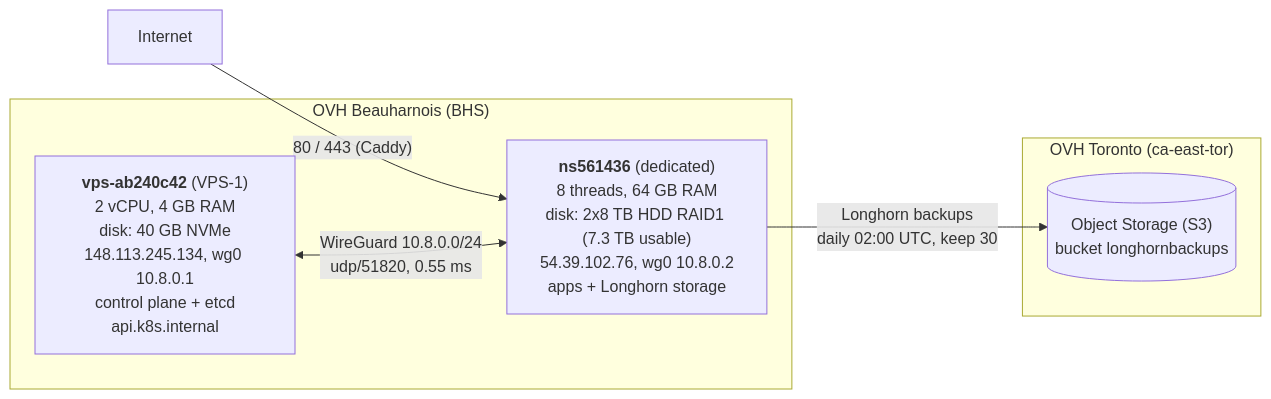
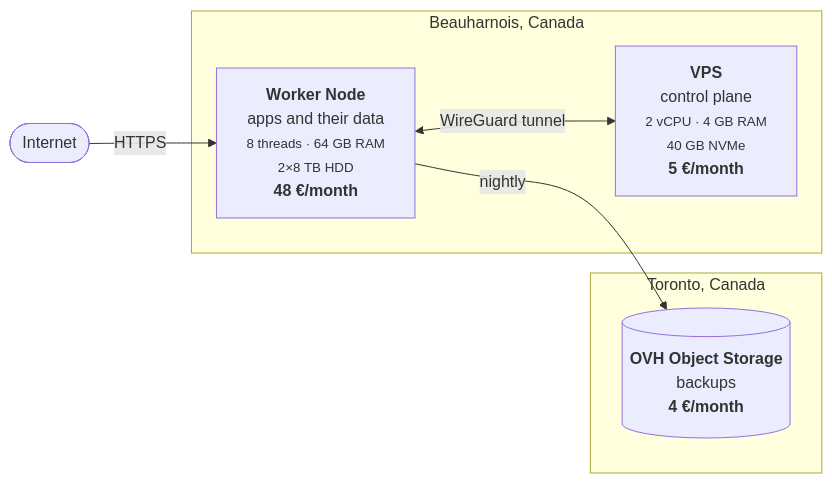
One commit to Androz2091/k8s-infrastructure changed the diagram in README.md. Above: the diagram before and after it, drawn with Mermaid. The commit also changed other lines of this file and 2 other files, not shown here.

First line of the commit message:
docs(readme): overview diagram, trim to what isn't in config

````diff
--- a/README.md
+++ b/README.md
@@ -458,13 +7,17 @@
 ```mermaid
 flowchart LR
-    Internet -->|"80 / 443 (Caddy)"| DED
-    subgraph BHS["OVH Beauharnois (BHS)"]
-        VPS["<b>vps-ab240c42</b> (VPS-1)<br/>2 vCPU, 4 GB RAM<br/>disk: 40 GB NVMe<br/>148.113.245.134, wg0 10.8.0.1<br/>control plane + etcd<br/>api.k8s.internal"]
-        DED["<b>ns561436</b> (dedicated)<br/>8 threads, 64 GB RAM<br/>disk: 2x8 TB HDD RAID1 (7.3 TB usable)<br/>54.39.102.76, wg0 10.8.0.2<br/>apps + Longhorn storage"]
-        VPS <-->|"WireGuard 10.8.0.0/24<br/>udp/51820, 0.55 ms"| DED
+    Internet(["Internet"])
+
+    subgraph BHS["Beauharnois, Canada"]
+        DED["<b>Worker Node</b><br/>apps and their data<br/><small>8 threads · 64 GB RAM<br/>2×8 TB HDD</small><br/><b>48 €/month</b>"]
+        VPS["<b>VPS</b><br/>control plane<br/><small>2 vCPU · 4 GB RAM<br/>40 GB NVMe</small><br/><b>5 €/month</b>"]
     end
-    subgraph TOR["OVH Toronto (ca-east-tor)"]
-        S3[("Object Storage (S3)<br/>bucket longhornbackups")]
+
+    subgraph TOR["Toronto, Canada"]
+        S3[("<b>OVH Object Storage</b><br/>backups<br/><b>4 €/month</b>")]
     end
-    DED -->|"Longhorn backups<br/>daily 02:00 UTC, keep 30"| S3
+
+    Internet -->|HTTPS| DED
+    DED <-->|WireGuard tunnel| VPS
+    DED -->|nightly| S3
 ```
````
